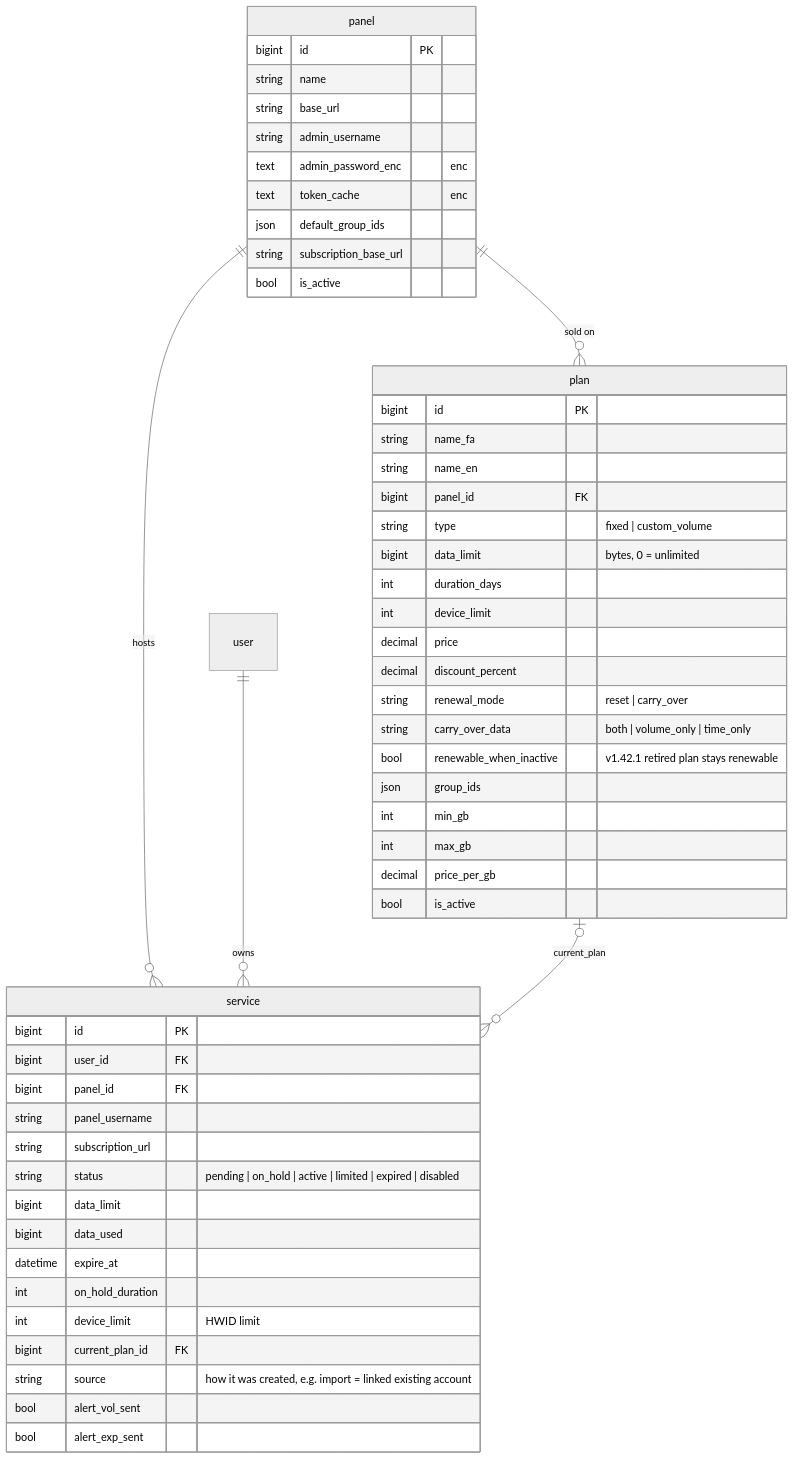
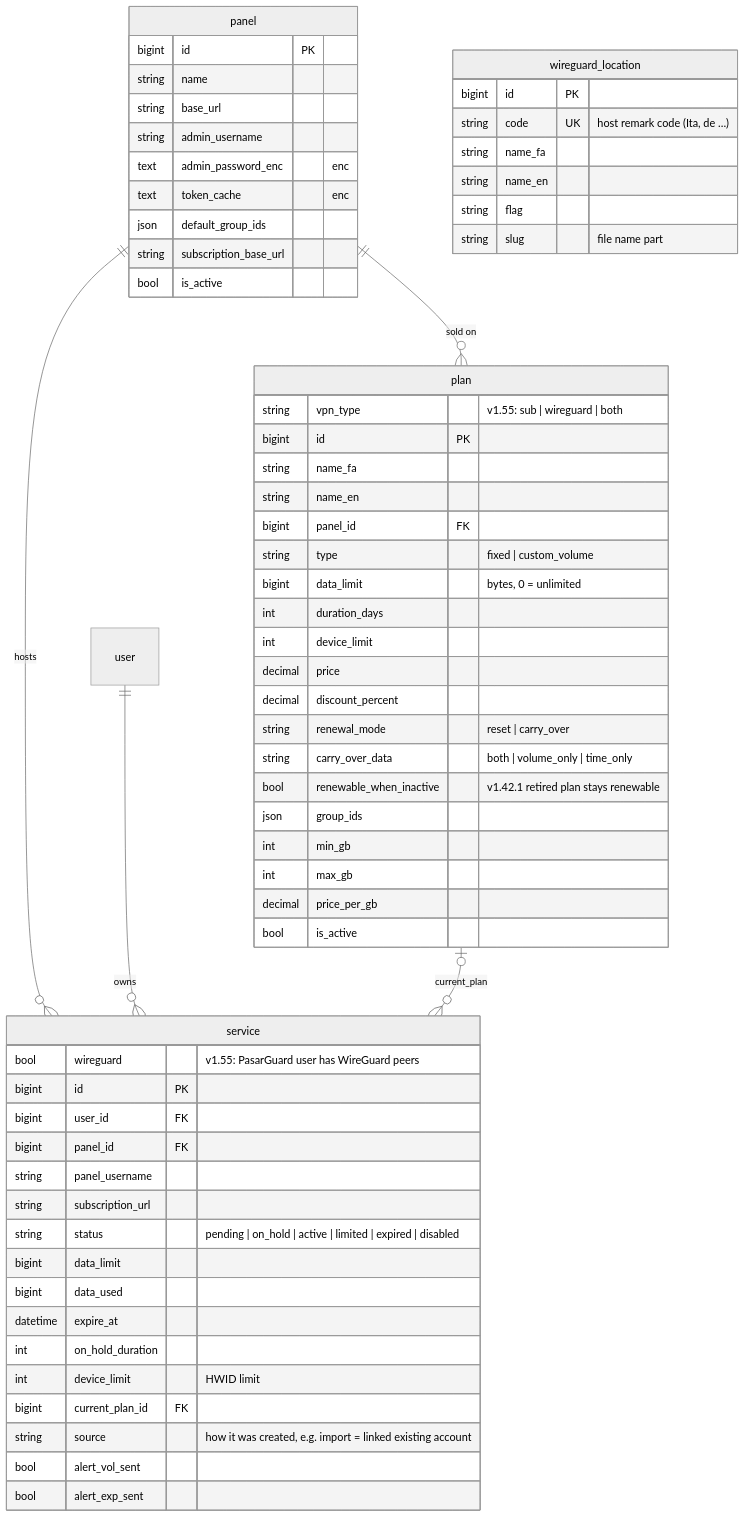
The third of 9 diagrams in docs/erd.md (santiyagoburcart/caspintunel), drawn with Mermaid (neutral theme) before and after one commit. The commit also changed other lines of this file and 36 other files, not shown here.

````diff
--- a/docs/erd.md
+++ b/docs/erd.md
@@ -244,56 +244,66 @@
 ```mermaid
 erDiagram
     panel ||--o{ plan : "sold on"
     panel ||--o{ service : "hosts"
     user ||--o{ service : "owns"
     plan |o--o{ service : "current_plan"
 
     panel {
         bigint id PK
         string name
         string base_url
         string admin_username
         text admin_password_enc "enc"
         text token_cache "enc"
         json default_group_ids
         string subscription_base_url
         bool is_active
     }
     plan {
+        string vpn_type "v1.55: sub | wireguard | both"
         bigint id PK
         string name_fa
         string name_en
         bigint panel_id FK
         string type "fixed | custom_volume"
         bigint data_limit "bytes, 0 = unlimited"
         int duration_days
         int device_limit
         decimal price
         decimal discount_percent
         string renewal_mode "reset | carry_over"
         string carry_over_data "both | volume_only | time_only"
         bool renewable_when_inactive "v1.42.1 retired plan stays renewable"
         json group_ids
         int min_gb
         int max_gb
         decimal price_per_gb
         bool is_active
     }
+    wireguard_location {
+        bigint id PK
+        string code UK "host remark code (Ita, de …)"
+        string name_fa
+        string name_en
+        string flag
+        string slug "file name part"
+    }
     service {
+        bool wireguard "v1.55: PasarGuard user has WireGuard peers"
         bigint id PK
         bigint user_id FK
         bigint panel_id FK
         string panel_username
         string subscription_url
         string status "pending | on_hold | active | limited | expired | disabled"
         bigint data_limit
         bigint data_used
         datetime expire_at
         int on_hold_duration
         int device_limit "HWID limit"
         bigint current_plan_id FK
         string source "how it was created, e.g. import = linked existing account"
         bool alert_vol_sent
         bool alert_exp_sent
     }
 ```
````
